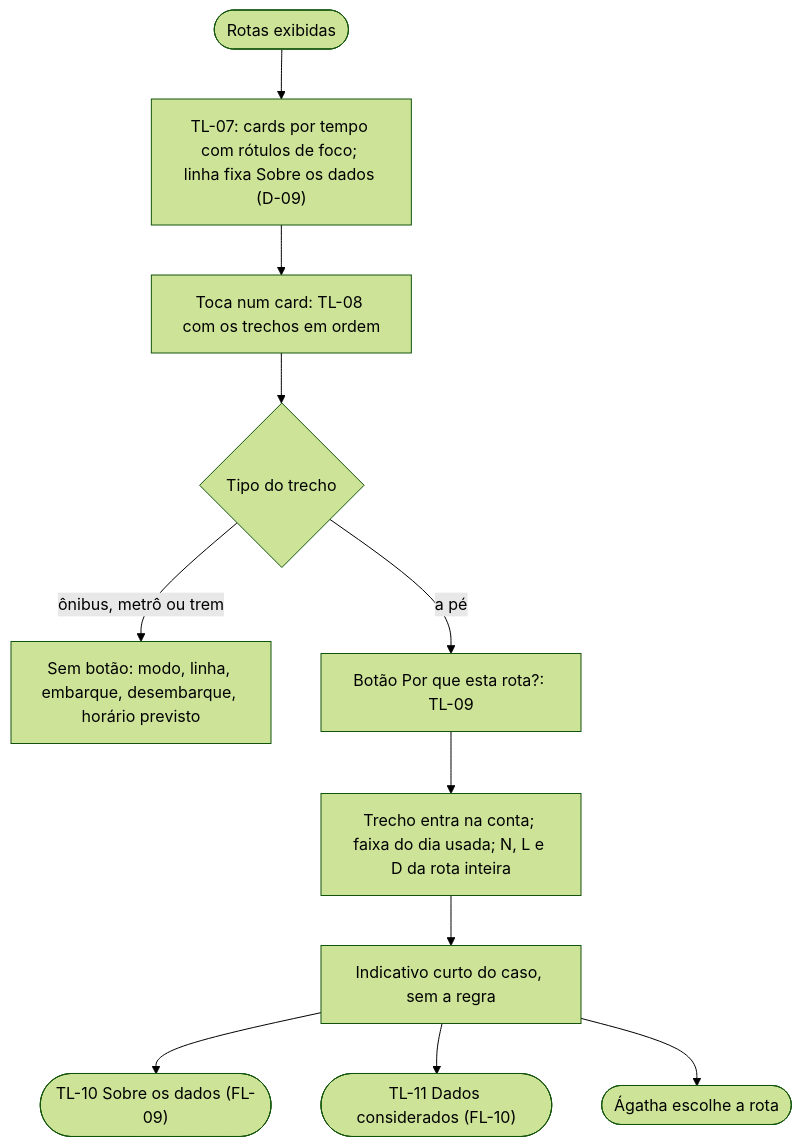
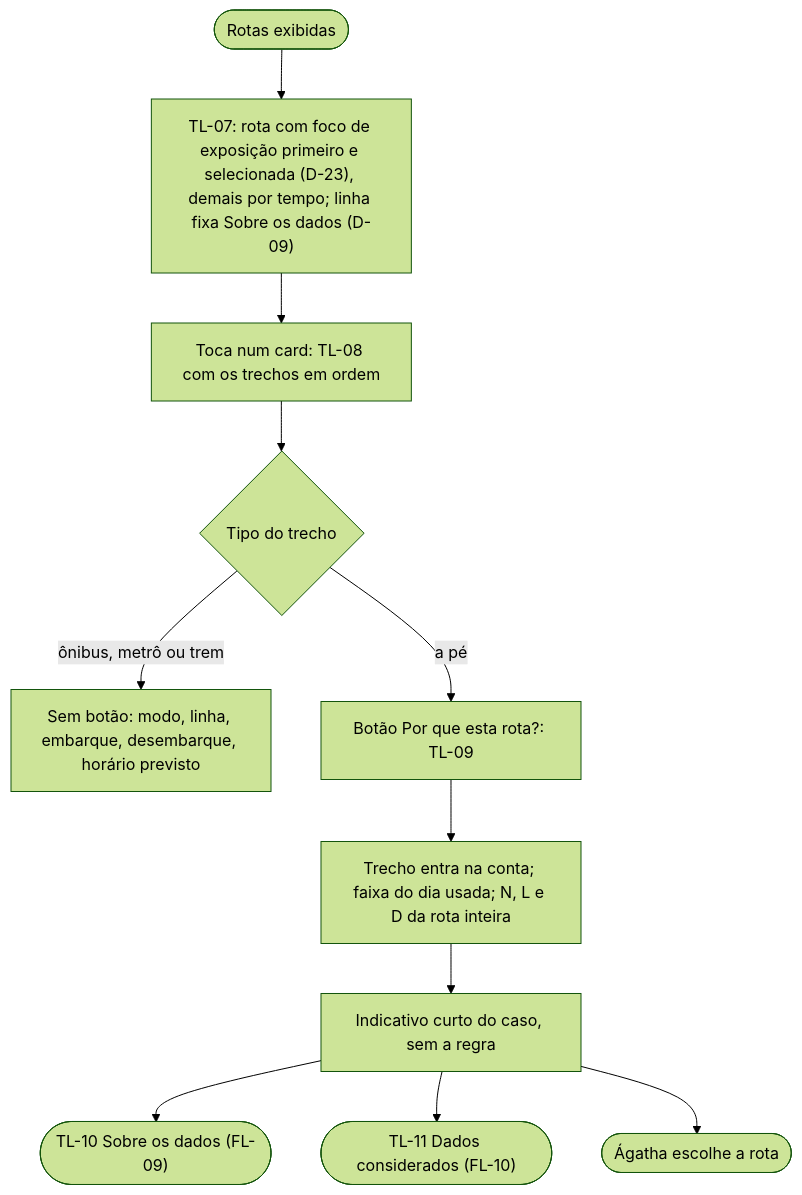
Before and after one commit to VoltaSegura/voltasegura: the third of 3 diagrams in docs/app-map/03_fluxogramas/FL-07_comparacao.md, drawn with Mermaid (forest theme). The commit also changed other lines of this file and 6 other files, not shown here.

````diff
--- a/docs/app-map/03_fluxogramas/FL-07_comparacao.md
+++ b/docs/app-map/03_fluxogramas/FL-07_comparacao.md
@@ -51,13 +51,13 @@
 ```mermaid
 flowchart TD
-    R(["Rotas exibidas"]) --> CARDS["TL-07: cards por tempo com rótulos de foco; linha fixa Sobre os dados (D-09)"]
+    R(["Rotas exibidas"]) --> CARDS["TL-07: rota com foco de exposição primeiro e selecionada (D-23), demais por tempo; linha fixa Sobre os dados (D-09)"]
     CARDS --> CARD["Toca num card: TL-08 com os trechos em ordem"]
     CARD --> TIPO{"Tipo do trecho"}
     TIPO -- "ônibus, metrô ou trem" --> SEMB["Sem botão: modo, linha, embarque, desembarque, horário previsto"]
     TIPO -- "a pé" --> PQ["Botão Por que esta rota?: TL-09"]
     PQ --> PE["Trecho entra na conta; faixa do dia usada; N, L e D da rota inteira"]
     PE --> IND["Indicativo curto do caso, sem a regra"]
     IND --> SOB(["TL-10 Sobre os dados (FL-09)"])
     IND --> DET(["TL-11 Dados considerados (FL-10)"])
     IND --> ESC(["Ágatha escolhe a rota"])
 ```
````
